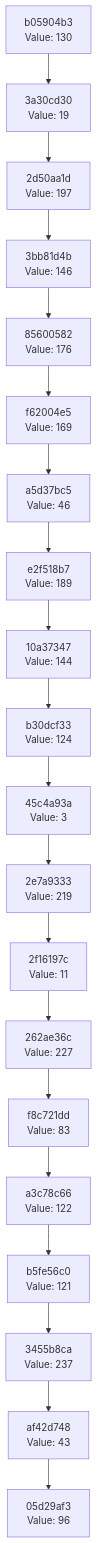
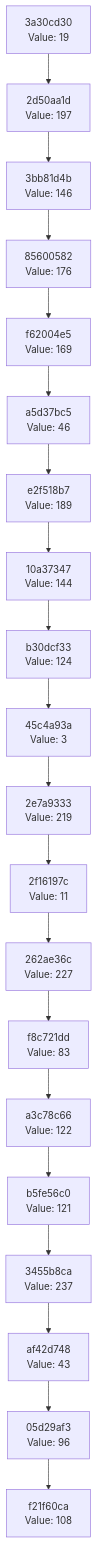
Before and after one commit to Abhisheksinha1506/hash-chain-evolver: the diagram in docs/CHAIN_VISUALIZATION.md, drawn with Mermaid. The commit also changed 2 other files, not shown here.

Commit message:
Evolution step: hash 0x6C → action executed

````diff
--- a/docs/CHAIN_VISUALIZATION.md
+++ b/docs/CHAIN_VISUALIZATION.md
@@ -3,42 +3,42 @@
 ```mermaid
 graph TD
-    C0["05d29af3<br/>Value: 96"]
-    C1["af42d748<br/>Value: 43"]
+    C0["f21f60ca<br/>Value: 108"]
+    C1["05d29af3<br/>Value: 96"]
     C1 --> C0
-    C2["3455b8ca<br/>Value: 237"]
+    C2["af42d748<br/>Value: 43"]
     C2 --> C1
-    C3["b5fe56c0<br/>Value: 121"]
+    C3["3455b8ca<br/>Value: 237"]
     C3 --> C2
-    C4["a3c78c66<br/>Value: 122"]
+    C4["b5fe56c0<br/>Value: 121"]
     C4 --> C3
-    C5["f8c721dd<br/>Value: 83"]
+    C5["a3c78c66<br/>Value: 122"]
     C5 --> C4
-    C6["262ae36c<br/>Value: 227"]
+    C6["f8c721dd<br/>Value: 83"]
     C6 --> C5
-    C7["2f16197c<br/>Value: 11"]
+    C7["262ae36c<br/>Value: 227"]
     C7 --> C6
-    C8["2e7a9333<br/>Value: 219"]
+    C8["2f16197c<br/>Value: 11"]
     C8 --> C7
-    C9["45c4a93a<br/>Value: 3"]
+    C9["2e7a9333<br/>Value: 219"]
     C9 --> C8
-    C10["b30dcf33<br/>Value: 124"]
+    C10["45c4a93a<br/>Value: 3"]
     C10 --> C9
-    C11["10a37347<br/>Value: 144"]
+    C11["b30dcf33<br/>Value: 124"]
     C11 --> C10
-    C12["e2f518b7<br/>Value: 189"]
+    C12["10a37347<br/>Value: 144"]
     C12 --> C11
-    C13["a5d37bc5<br/>Value: 46"]
+    C13["e2f518b7<br/>Value: 189"]
     C13 --> C12
-    C14["f62004e5<br/>Value: 169"]
+    C14["a5d37bc5<br/>Value: 46"]
     C14 --> C13
-    C15["85600582<br/>Value: 176"]
+    C15["f62004e5<br/>Value: 169"]
     C15 --> C14
-    C16["3bb81d4b<br/>Value: 146"]
+    C16["85600582<br/>Value: 176"]
     C16 --> C15
-    C17["2d50aa1d<br/>Value: 197"]
+    C17["3bb81d4b<br/>Value: 146"]
     C17 --> C16
-    C18["3a30cd30<br/>Value: 19"]
+    C18["2d50aa1d<br/>Value: 197"]
     C18 --> C17
-    C19["b05904b3<br/>Value: 130"]
+    C19["3a30cd30<br/>Value: 19"]
     C19 --> C18
 ```
````
